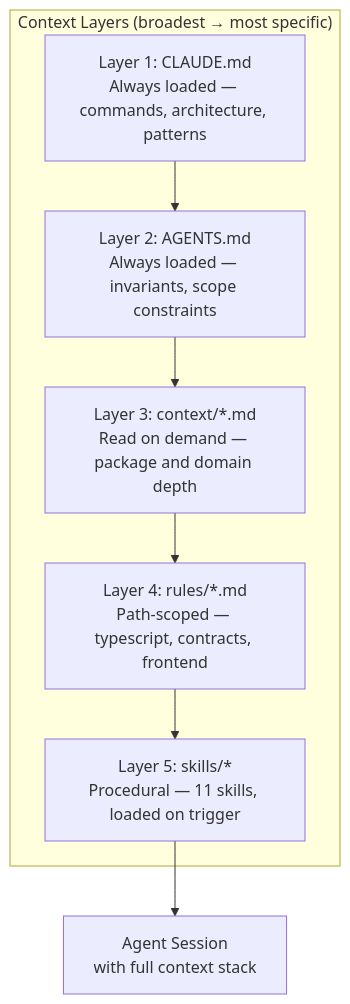
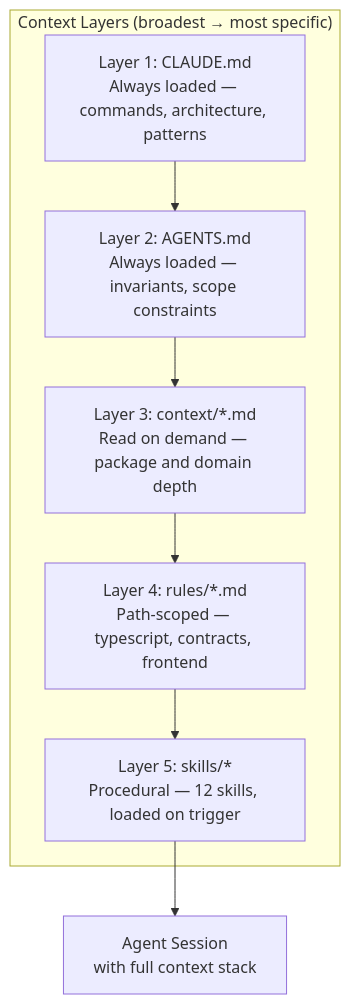
Before and after one commit to greenpill-dev-guild/green-goods: the diagram in docs/docs/builders/agentic/context-engineering.mdx, drawn with Mermaid. The commit also changed other lines of this file and 21 other files, not shown here.

````diff
--- a/docs/docs/builders/agentic/context-engineering.mdx
+++ b/docs/docs/builders/agentic/context-engineering.mdx
@@ -23,14 +23,14 @@
 ```mermaid
 graph TB
     subgraph Layers["Context Layers (broadest → most specific)"]
         L1["Layer 1: CLAUDE.md\nAlways loaded — commands, architecture, patterns"]
         L2["Layer 2: AGENTS.md\nAlways loaded — invariants, scope constraints"]
         L3["Layer 3: context/*.md\nRead on demand — package and domain depth"]
         L4["Layer 4: rules/*.md\nPath-scoped — typescript, contracts, frontend"]
-        L5["Layer 5: skills/*\nProcedural — 11 skills, loaded on trigger"]
+        L5["Layer 5: skills/*\nProcedural — 12 skills, loaded on trigger"]
     end
 
     L1 --> L2 --> L3 --> L4 --> L5
 
     L5 --> Agent["Agent Session\nwith full context stack"]
 ```
````
